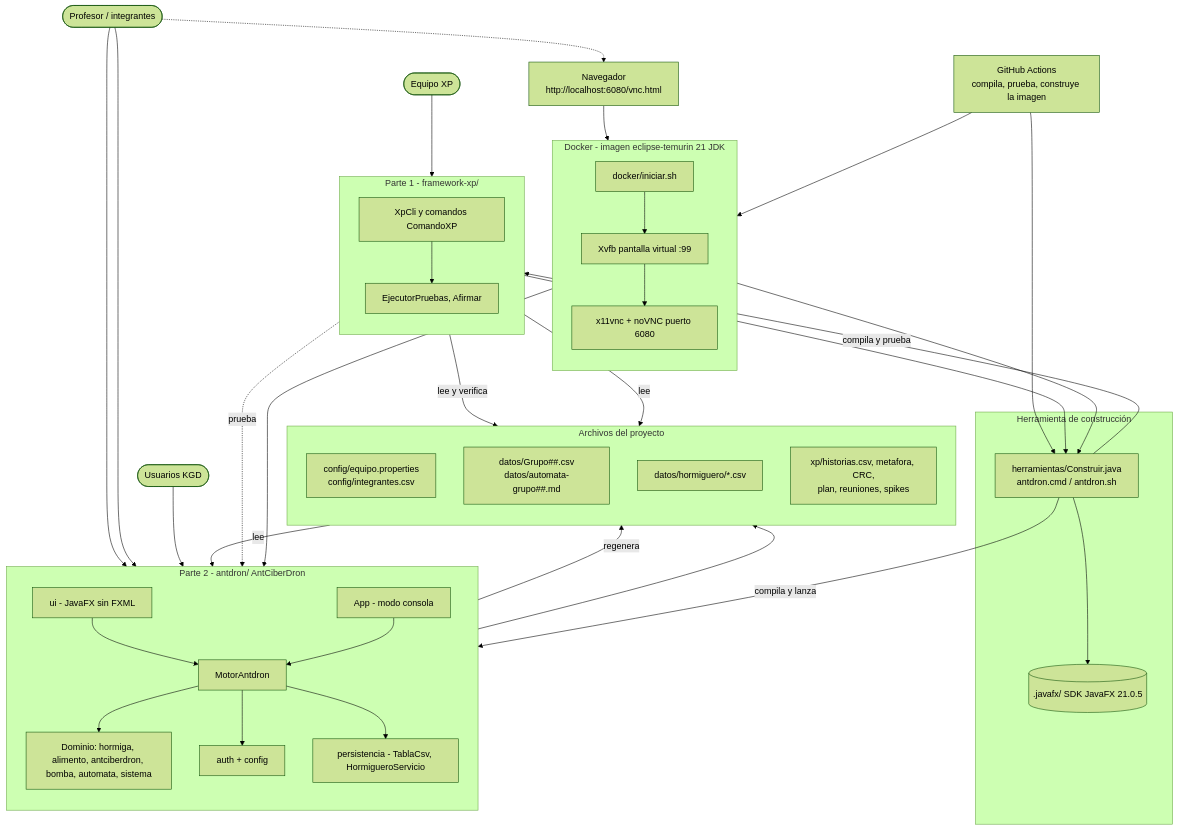
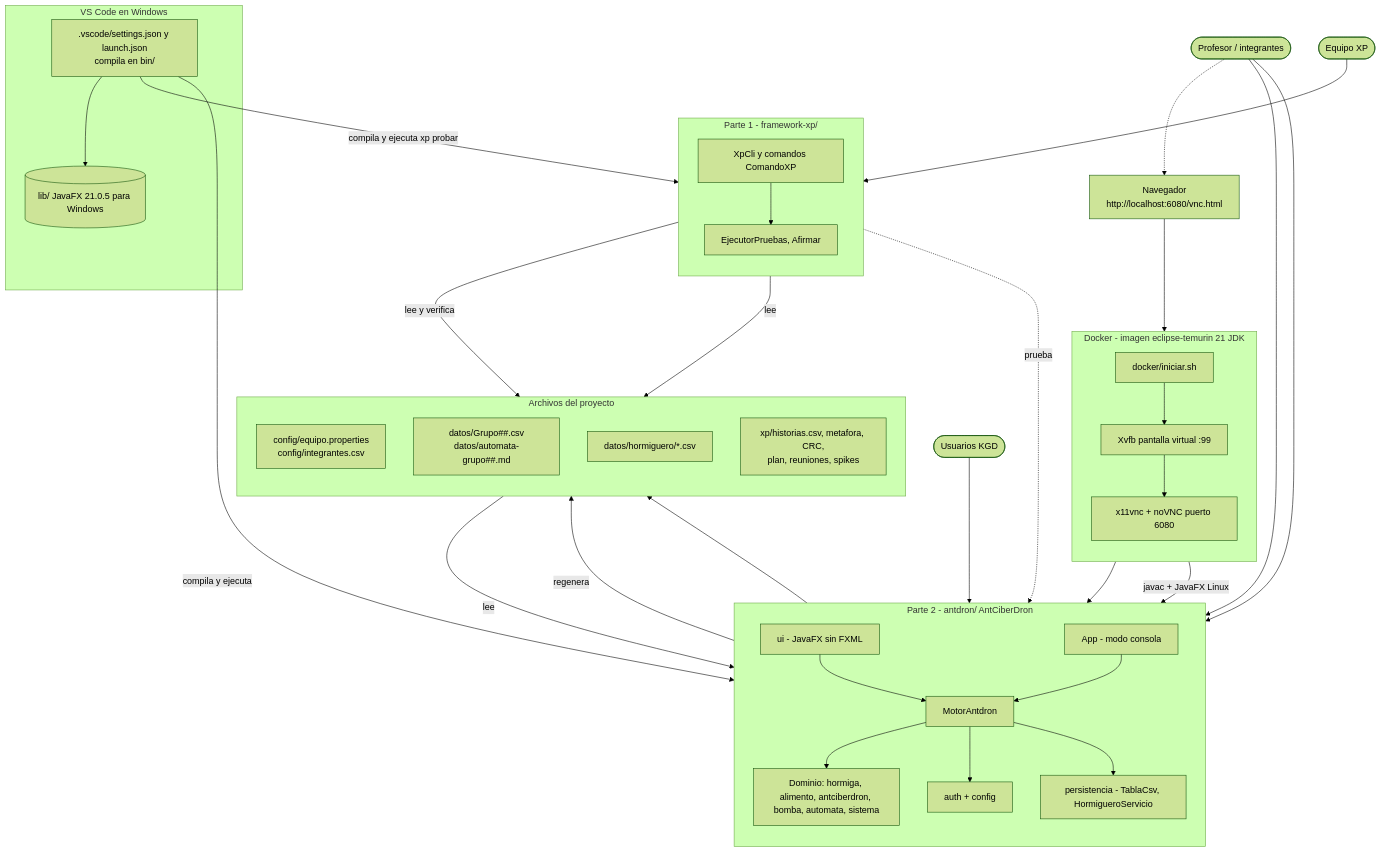
Before and after one commit to papasfritasovo1997-cyber/Prueba-Hop: the first of 2 diagrams in docs/diagramas/arquitectura.md, drawn with Mermaid (forest theme). The commit also changed other lines of this file and 40 other files, not shown here.

First line of the commit message:
Solo Windows (VS Code) y Docker: sin herramienta de construcción ni GitHub Actions

````diff
--- a/docs/diagramas/arquitectura.md
+++ b/docs/diagramas/arquitectura.md
@@ -9,74 +9,70 @@
 ```mermaid
 flowchart TB
     Profesor(["Profesor / integrantes"])
     Kgd(["Usuarios KGD"])
     Equipo(["Equipo XP"])
     Navegador["Navegador<br/>http://localhost:6080/vnc.html"]
 
     subgraph docker["Docker - imagen eclipse-temurin 21 JDK"]
         direction TB
         Xvfb["Xvfb pantalla virtual :99"]
         Vnc["x11vnc + noVNC puerto 6080"]
         Ini["docker/iniciar.sh"]
         Xvfb --> Vnc
         Ini --> Xvfb
     end
 
-    subgraph herr["Herramienta de construcción"]
-        Construir["herramientas/Construir.java<br/>antdron.cmd / antdron.sh"]
-        Sdk[(".javafx/ SDK JavaFX 21.0.5")]
+    subgraph herr["VS Code en Windows"]
+        Construir[".vscode/settings.json y launch.json<br/>compila en bin/"]
+        Sdk[("lib/ JavaFX 21.0.5 para Windows")]
         Construir --> Sdk
     end
 
     subgraph app["Parte 2 - antdron/ AntCiberDron"]
         direction TB
         UI["ui - JavaFX sin FXML"]
         Consola["App - modo consola"]
         Motor["MotorAntdron"]
         Dominio["Dominio: hormiga, alimento, antciberdron, bomba, automata, sistema"]
         Auth["auth + config"]
         Pers["persistencia - TablaCsv, HormigueroServicio"]
         UI --> Motor
         Consola --> Motor
         Motor --> Dominio
         Motor --> Auth
         Motor --> Pers
     end
 
     subgraph fw["Parte 1 - framework-xp/"]
         direction TB
         Cli["XpCli y comandos ComandoXP"]
         Runner["EjecutorPruebas, Afirmar"]
         Cli --> Runner
     end
 
     subgraph archivos["Archivos del proyecto"]
         direction TB
         Cfg["config/equipo.properties<br/>config/integrantes.csv"]
         Gen["datos/Grupo##.csv<br/>datos/automata-grupo##.md"]
         Hormi["datos/hormiguero/*.csv"]
         Xp["xp/historias.csv, metafora, CRC,<br/>plan, reuniones, spikes"]
     end
 
-    CI["GitHub Actions<br/>compila, prueba, construye la imagen"]
 
     Profesor --> UI
     Profesor --> Consola
     Profesor -.-> Navegador
     Navegador --> Vnc
     Vnc --> UI
     Kgd --> UI
     Equipo --> Cli
-    Cli --> Construir
-    Construir -->|compila y lanza| app
-    Construir -->|compila y prueba| fw
+    Construir -->|compila y ejecuta| app
+    Construir -->|compila y ejecuta xp probar| fw
     Runner -.->|prueba| app
     Cfg -->|lee| Motor
     Motor -->|regenera| Gen
     Pers --> Hormi
     Cli -->|lee y verifica| Xp
     Cli -->|lee| Cfg
-    Ini --> Construir
-    CI --> Construir
-    CI --> docker
+    Ini -->|javac + JavaFX Linux| app
 ```
````
